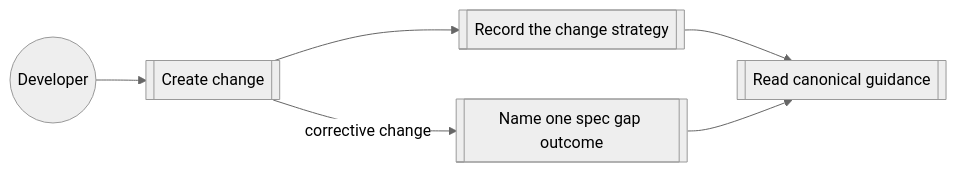
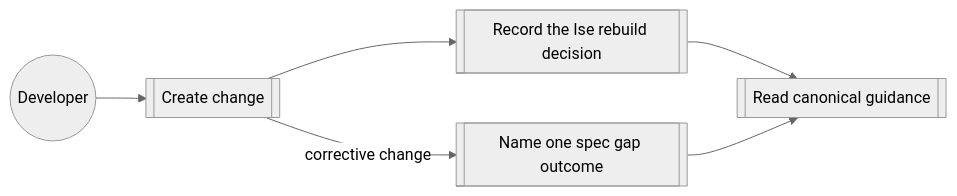
Before and after one commit to buster/givn: the diagram in givn/specs/create-change/usecase.md, drawn with Mermaid (neutral theme). The commit also changed other lines of this file and 47 other files, not shown here.

First line of the commit message:
refactor(ise): align the vocabulary and state the working-tree rebuild

````diff
--- a/givn/specs/create-change/usecase.md
+++ b/givn/specs/create-change/usecase.md
@@ -155,8 +160,8 @@
 ```mermaid
 flowchart LR
   Dev((Developer)) --> New[[Create change]]
-  New --> Strategy[[Record the change strategy]]
+  New --> Strategy[[Record the Ise rebuild decision]]
   New -->|corrective change| Gap[[Name one spec gap outcome]]
   Strategy --> Guidance[[Read canonical guidance]]
   Gap --> Guidance
 ```
````
